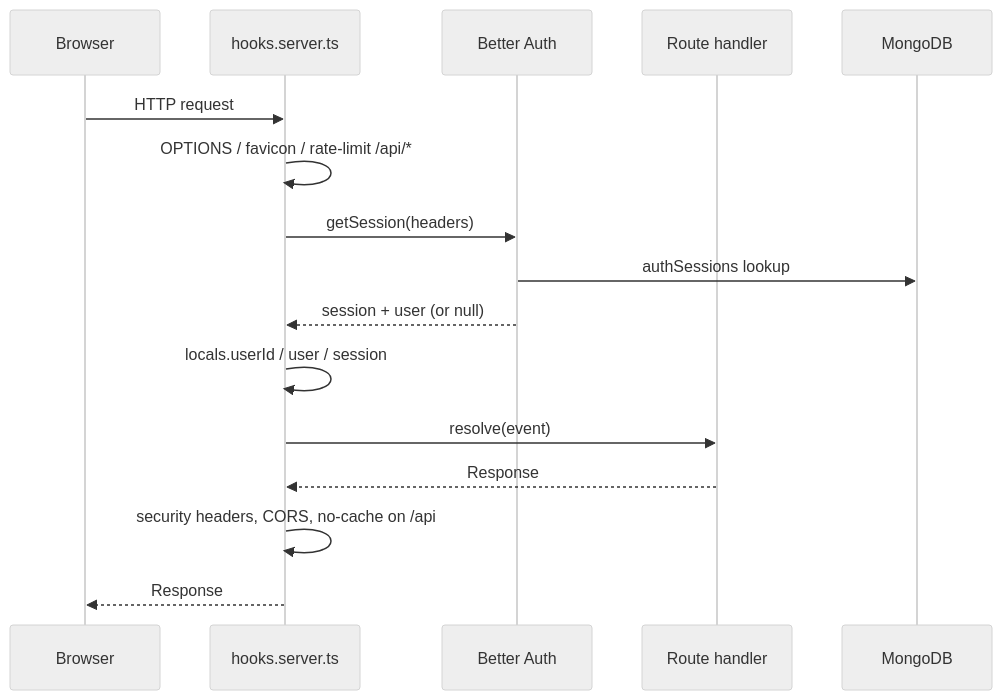
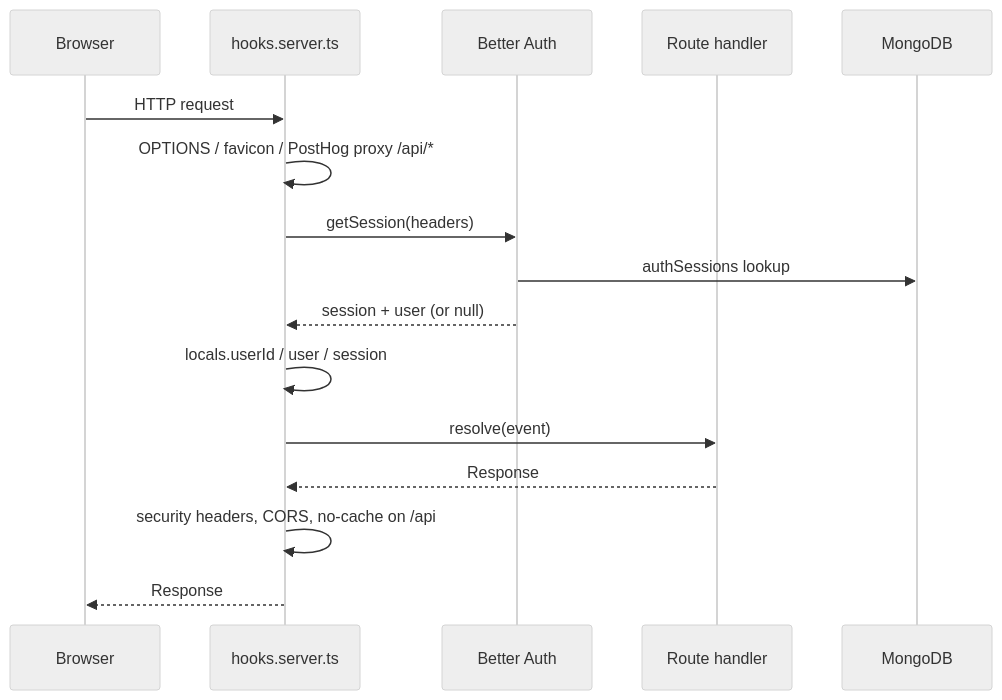
The second of 7 diagrams in docs/architecture.md (5cisummai/freeappractice), drawn with Mermaid (neutral theme) before and after one commit. The commit also changed other lines of this file and 13 other files, not shown here.

````diff
--- a/docs/architecture.md
+++ b/docs/architecture.md
@@ -78,19 +78,19 @@
 ```mermaid
 sequenceDiagram
     participant B as Browser
     participant H as hooks.server.ts
     participant BA as Better Auth
     participant R as Route handler
     participant DB as MongoDB
 
     B->>H: HTTP request
-    H->>H: OPTIONS / favicon / rate-limit /api/*
+    H->>H: OPTIONS / favicon / PostHog proxy /api/*
     H->>BA: getSession(headers)
     BA->>DB: authSessions lookup
     BA-->>H: session + user (or null)
     H->>H: locals.userId / user / session
     H->>R: resolve(event)
     R-->>H: Response
     H->>H: security headers, CORS, no-cache on /api
     H-->>B: Response
 ```
````
